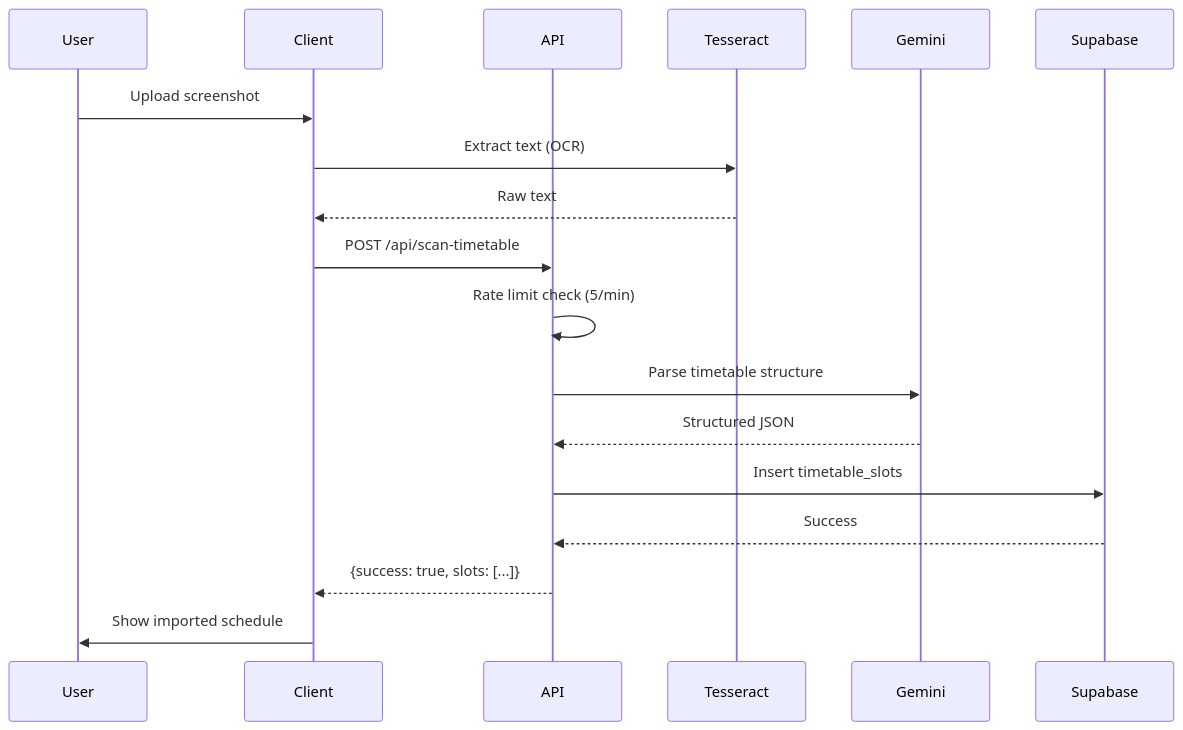
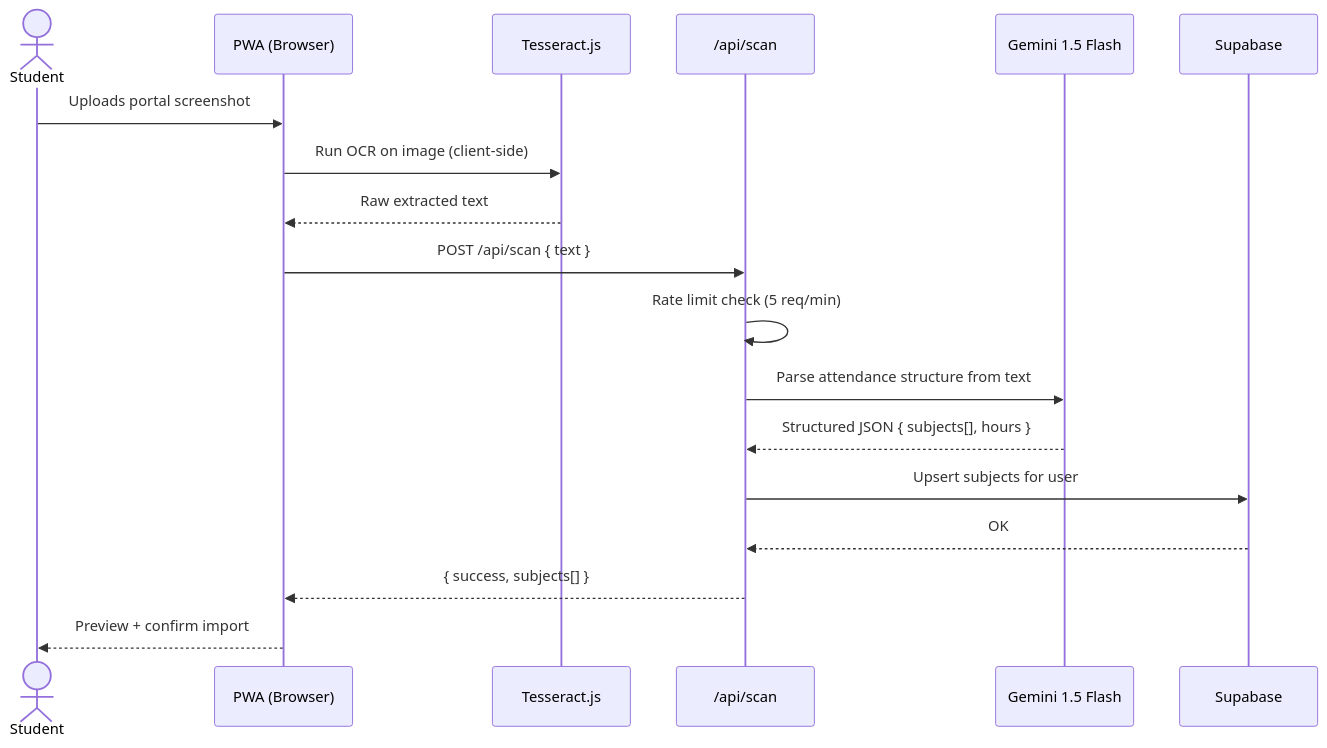
Before and after one commit to Kesavaraja67/75-club: the second of 3 diagrams in README.md, drawn with Mermaid. The commit also changed other lines of this file and 2 other files, not shown here.

````diff
--- a/README.md
+++ b/README.md
@@ -276,21 +161,21 @@
 ```mermaid
 sequenceDiagram
-    participant User
-    participant Client
-    participant API
-    participant Tesseract
-    participant Gemini
-    participant Supabase
+    actor Student
+    participant App as PWA (Browser)
+    participant OCR as Tesseract.js
+    participant API as /api/scan
+    participant AI as Gemini 1.5 Flash
+    participant DB as Supabase
 
-    User->>Client: Upload screenshot
-    Client->>Tesseract: Extract text (OCR)
-    Tesseract-->>Client: Raw text
-    Client->>API: POST /api/scan-timetable
-    API->>API: Rate limit check (5/min)
-    API->>Gemini: Parse timetable structure
-    Gemini-->>API: Structured JSON
-    API->>Supabase: Insert timetable_slots
-    Supabase-->>API: Success
-    API-->>Client: {success: true, slots: [...]}
-    Client->>User: Show imported schedule
+    Student->>App: Uploads portal screenshot
+    App->>OCR: Run OCR on image (client-side)
+    OCR-->>App: Raw extracted text
+    App->>API: POST /api/scan { text }
+    API->>API: Rate limit check (5 req/min)
+    API->>AI: Parse attendance structure from text
+    AI-->>API: Structured JSON { subjects[], hours }
+    API->>DB: Upsert subjects for user
+    DB-->>API: OK
+    API-->>App: { success, subjects[] }
+    App-->>Student: Preview + confirm import
 ```
````
